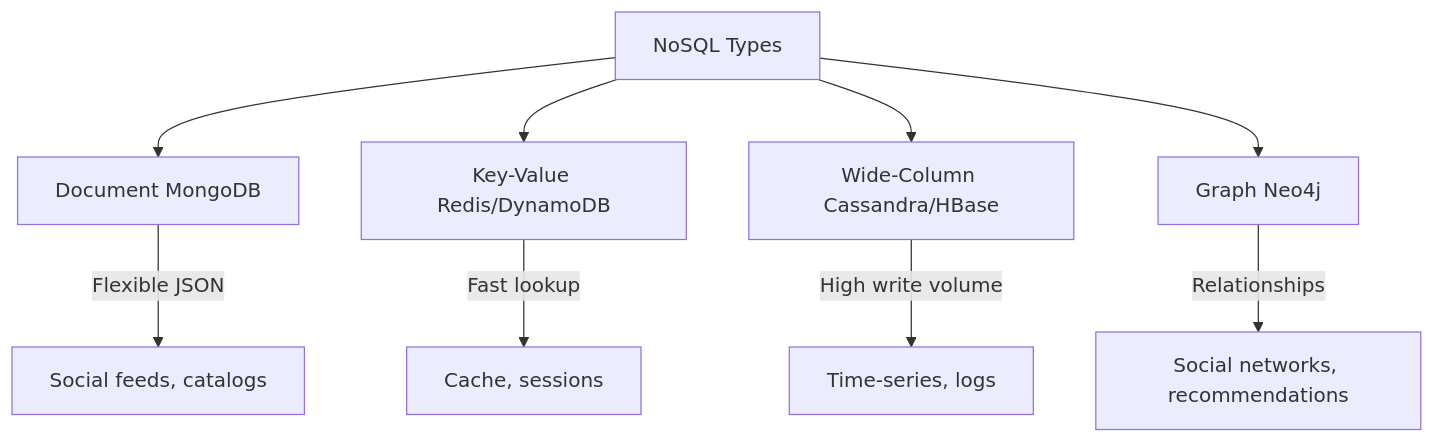
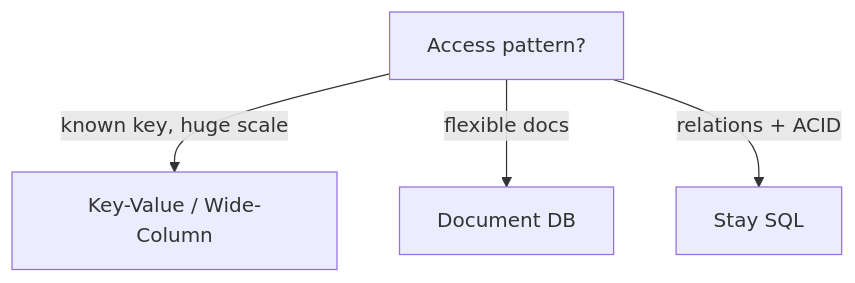
Before and after one commit to rakshitagarwal/champ-dsa: the diagram in content/system-design/nosql-databases.md, drawn with Mermaid. The commit also changed other lines of this file and 100 other files, not shown here.

````diff
--- a/content/system-design/nosql-databases.md
+++ b/content/system-design/nosql-databases.md
@@ -21,11 +31,6 @@
 ```mermaid
 graph TD
-    A[NoSQL Types] --> B[Document MongoDB]
-    A --> C[Key-Value Redis/DynamoDB]
-    A --> D[Wide-Column Cassandra/HBase]
-    A --> E[Graph Neo4j]
-    B -->|Flexible JSON| F[Social feeds, catalogs]
-    C -->|Fast lookup| G[Cache, sessions]
-    D -->|High write volume| H[Time-series, logs]
-    E -->|Relationships| I[Social networks, recommendations]
+    A[Access pattern?] -->|known key, huge scale| B[Key-Value / Wide-Column]
+    A -->|flexible docs| C[Document DB]
+    A -->|relations + ACID| D[Stay SQL]
 ```
````
